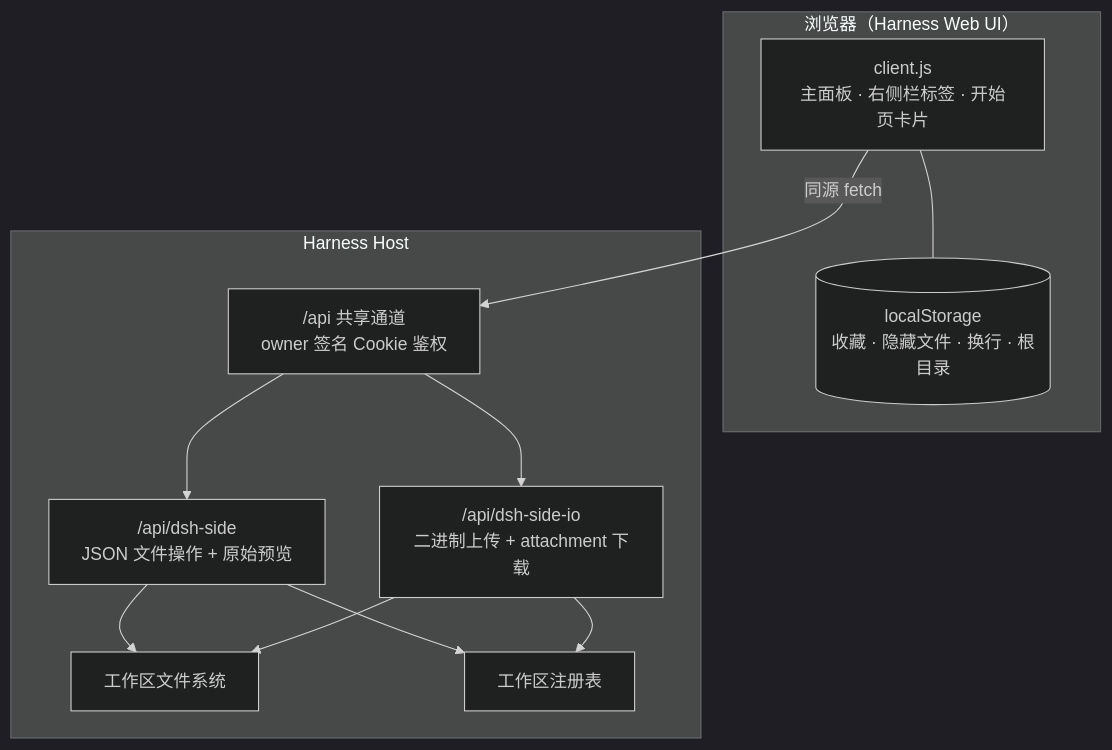
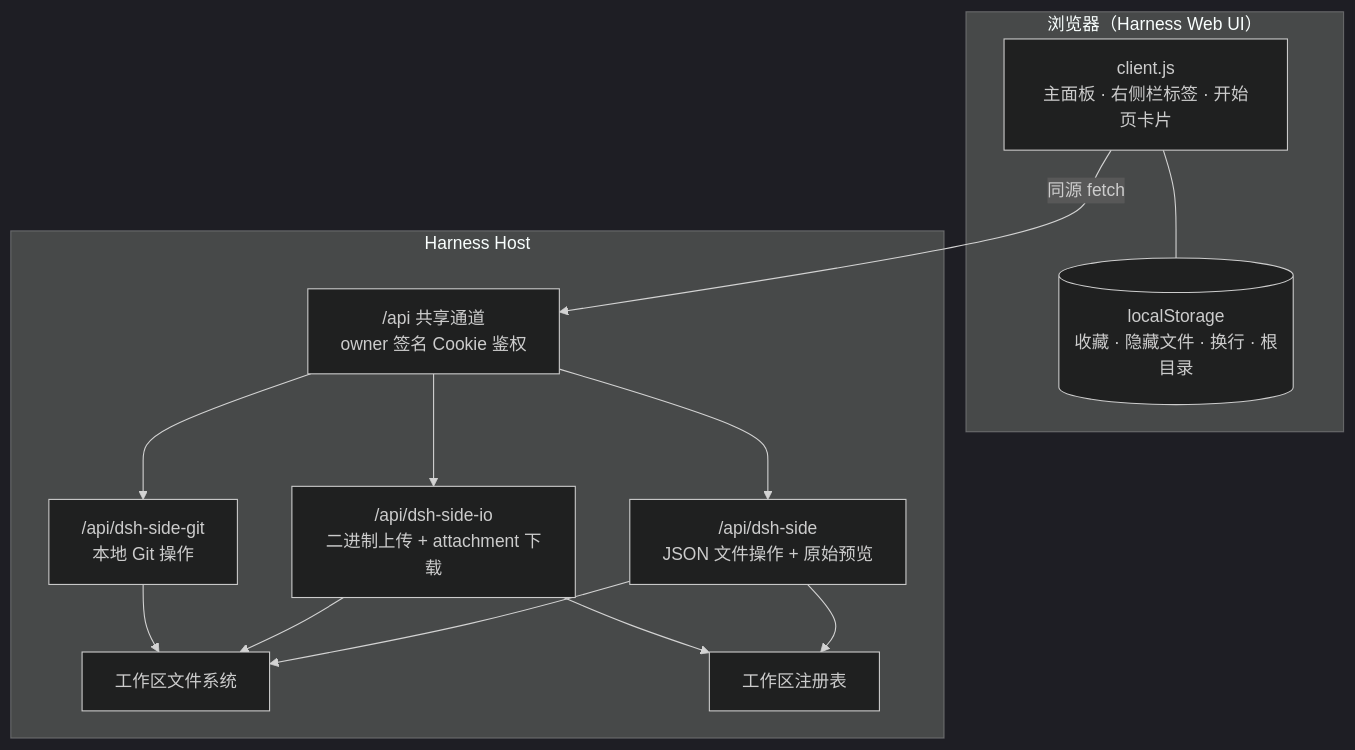
One commit to taskkill/dsh-web-dev-workspace changed the diagram in README.zh.md. Above: the diagram before and after it, drawn with Mermaid (dark theme). The commit also changed other lines of this file and 17 other files, not shown here.

````diff
--- a/README.zh.md
+++ b/README.zh.md
@@ -207,24 +251,27 @@
 ```mermaid
 flowchart TB
   subgraph Browser["浏览器（Harness Web UI）"]
     UI["client.js<br/>主面板 · 右侧栏标签 · 开始页卡片"]
     LS[("localStorage<br/>收藏 · 隐藏文件 · 换行 · 根目录")]
     UI --- LS
   end
 
   subgraph Host["Harness Host"]
     API["/api 共享通道<br/>owner 签名 Cookie 鉴权"]
     MAIN["/api/dsh-side<br/>JSON 文件操作 + 原始预览"]
     IO["/api/dsh-side-io<br/>二进制上传 + attachment 下载"]
+    GIT["/api/dsh-side-git<br/>本地 Git 操作"]
     FS["工作区文件系统"]
     REG["工作区注册表"]
     API --> MAIN
     API --> IO
+    API --> GIT
     MAIN --> FS
     IO --> FS
+    GIT --> FS
     MAIN --> REG
     IO --> REG
   end
 
   UI -- "同源 fetch" --> API
 ```
````
